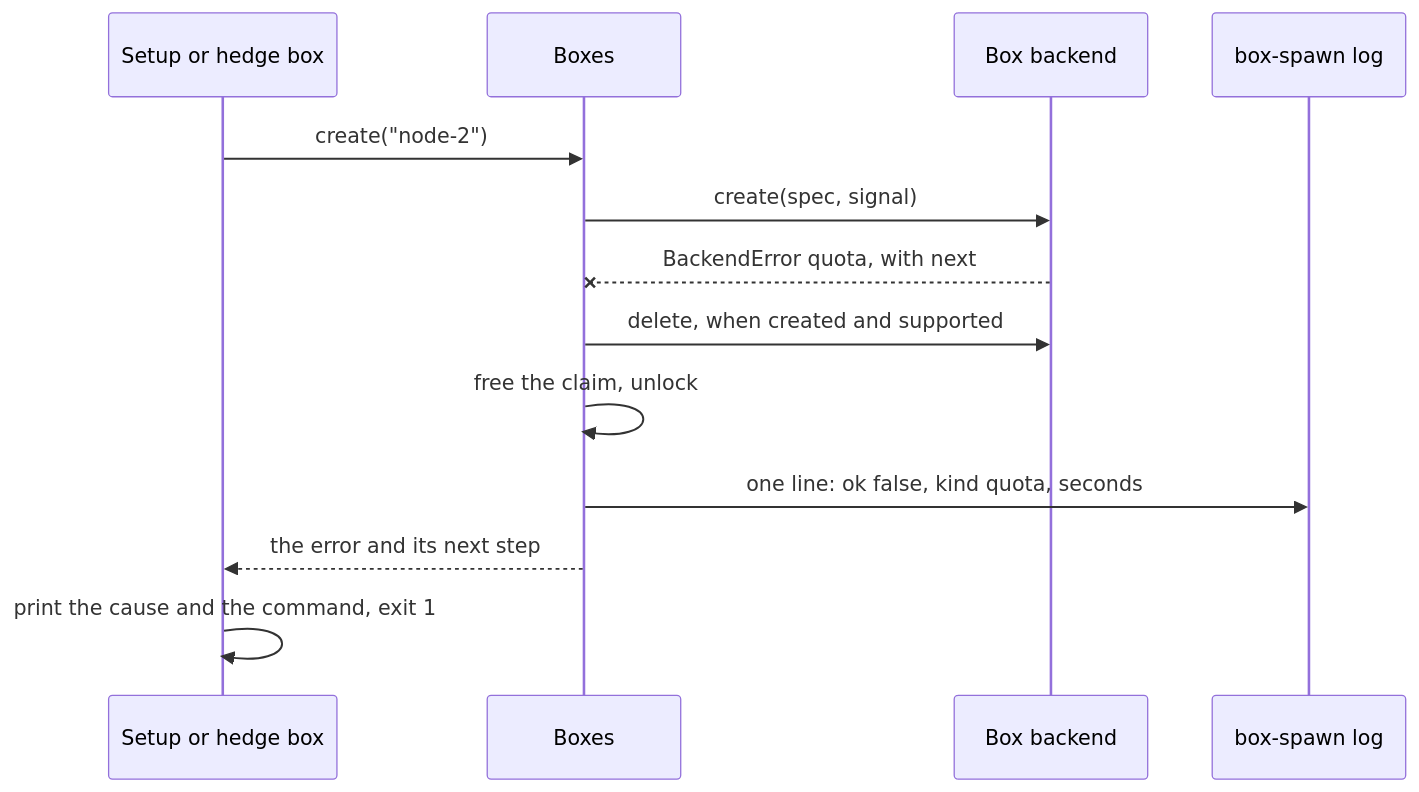
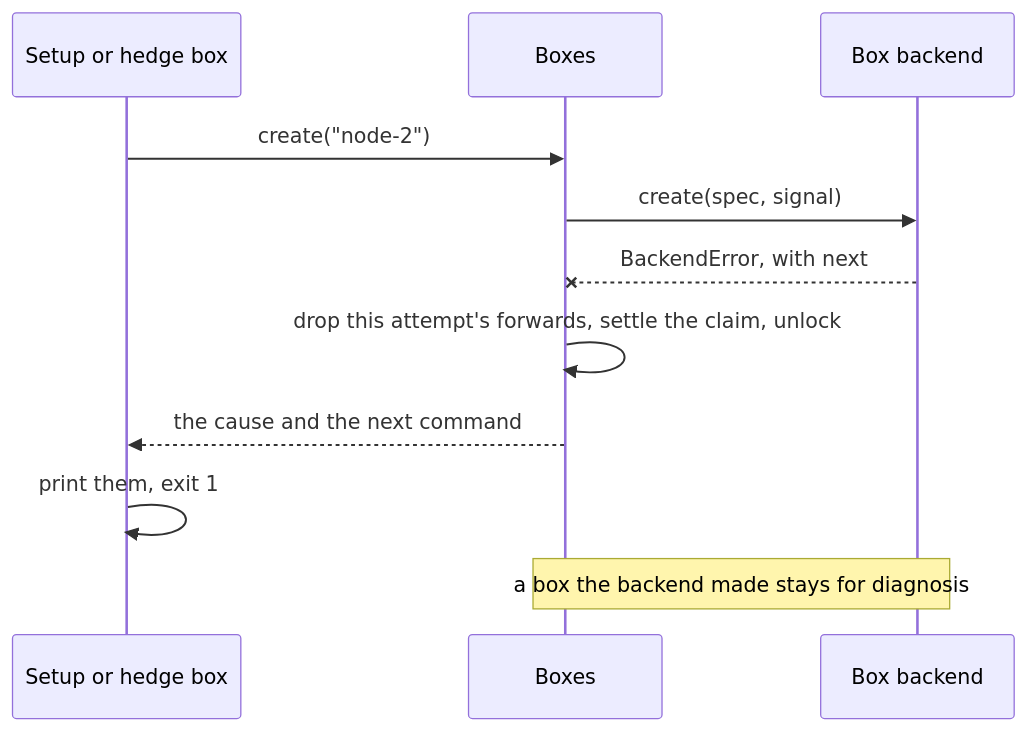
The third of 3 diagrams in docs/architecture/hedge-refocus.md (PostHog/fleet-engine), drawn with Mermaid before and after one commit. The commit also changed other lines of this file and 11 other files, not shown here.

Commit message:
Shrink the Box backend seam after the spec pass: one backend per profile, box ids, existing T3 Connect step

````diff
--- a/docs/architecture/hedge-refocus.md
+++ b/docs/architecture/hedge-refocus.md
@@ -194,15 +208,13 @@
 ```mermaid
 sequenceDiagram
   participant S as Setup or hedge box
   participant B as Boxes
   participant K as Box backend
-  participant L as box-spawn log
   S->>B: create("node-2")
   B->>K: create(spec, signal)
-  K--xB: BackendError quota, with next
-  B->>K: delete, when created and supported
-  B->>B: free the claim, unlock
-  B->>L: one line: ok false, kind quota, seconds
-  B-->>S: the error and its next step
-  S->>S: print the cause and the command, exit 1
+  K--xB: BackendError, with next
+  B->>B: drop this attempt's forwards, settle the claim, unlock
+  B-->>S: the cause and the next command
+  S->>S: print them, exit 1
+  Note over B,K: a box the backend made stays for diagnosis
 ```
````
